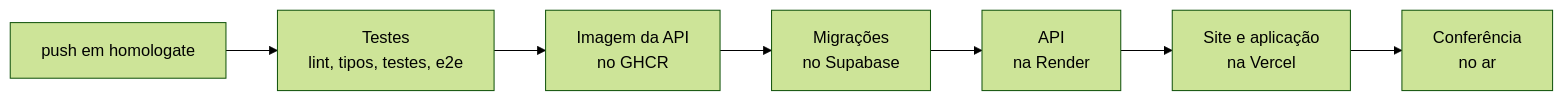
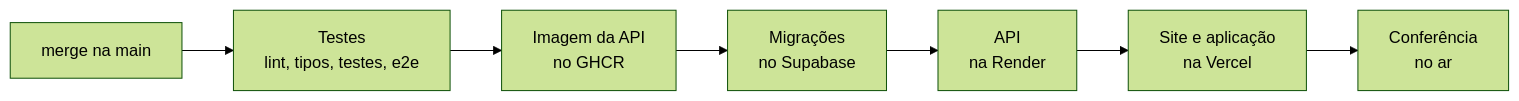
Before and after one commit to Eduardo-Lima-Dev/Voltex-SolTech: the second of 2 diagrams in docs/08-deploy/nuvem-gratuita.md, drawn with Mermaid (forest theme). The commit also changed other lines of this file and 6 other files, not shown here.

First line of the commit message:
chore(git): renomeia homologate para homolog e publica só quando mesclar na main

````diff
--- a/docs/08-deploy/nuvem-gratuita.md
+++ b/docs/08-deploy/nuvem-gratuita.md
@@ -144,9 +144,9 @@
 ```mermaid
 flowchart LR
-  P[push em homologate] --> CI[Testes<br/>lint, tipos, testes, e2e]
+  P[merge na main] --> CI[Testes<br/>lint, tipos, testes, e2e]
   CI --> IMG[Imagem da API<br/>no GHCR]
   IMG --> DB[Migrações<br/>no Supabase]
   DB --> API[API<br/>na Render]
   API --> FRONT[Site e aplicação<br/>na Vercel]
   FRONT --> OK[Conferência<br/>no ar]
 ```
````
